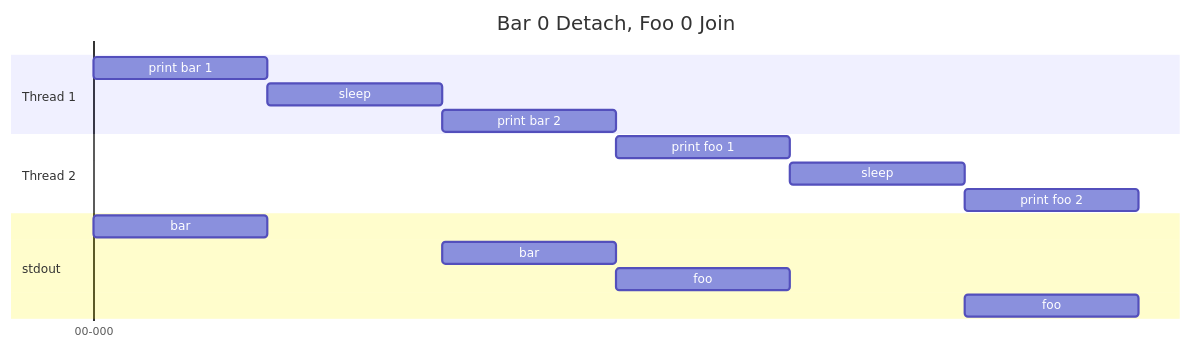
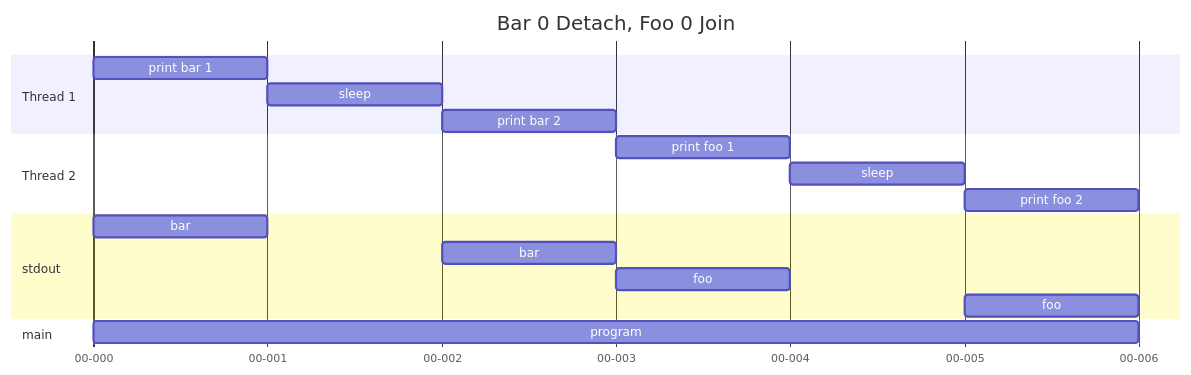
Before and after one commit to zcemycl/distributeCompute: the first of 3 diagrams in src/cpp_parallelism/include/aa_detach_join/README.md, drawn with Mermaid. The commit also changed other lines of this file and 1 other file, not shown here.

````diff
--- a/src/cpp_parallelism/include/aa_detach_join/README.md
+++ b/src/cpp_parallelism/include/aa_detach_join/README.md
@@ -1,24 +1,26 @@
 ```mermaid
 gantt 
     title Bar 0 Detach, Foo 0 Join
     dateFormat ss-SSS
     axisFormat %S-%L
-    tickInterval 1minute
+    todayMarker off
 
     section Thread 1
-    print bar 1: a1, 00-000, 0.01s
-    sleep: a2, after a1, 0.01s
-    print bar 2: a3, after a2, 0.01s
+    print bar 1: a1, 00-000, 0.001s
+    sleep: a2, after a1, 0.001s
+    print bar 2: a3, after a2, 0.001s
 
     section Thread 2
-    print foo 1: a4, after a3, 0.01s
-    sleep: a5, after a4, 0.01s
-    print foo 2: a6, after a5, 0.01s
+    print foo 1: a4, after a3, 0.001s
+    sleep: a5, after a4, 0.001s
+    print foo 2: a6, after a5, 0.001s
 
     section stdout
-    bar: a1, 00-000, 0.01s
-    bar: a3, 00-020, 0.01s
-    foo: a4, 00-030, 0.01s
-    foo: a6, 00-050, 0.01s
+    bar: a1, 00-000, 0.001s
+    bar: a3, 00-002, 0.001s
+    foo: a4, 00-003, 0.001s
+    foo: a6, 00-005, 0.001s
 
+    section main
+    program: a10, 00-000, 0.006s
 ```
````
